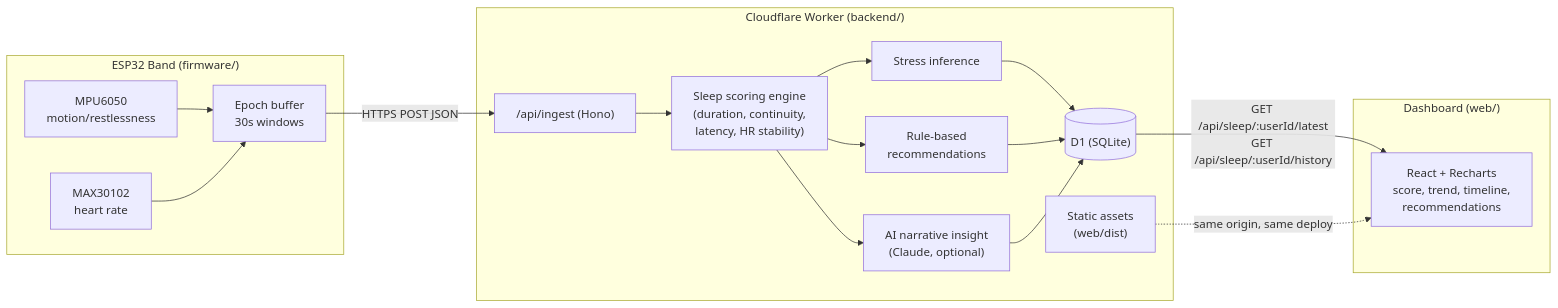
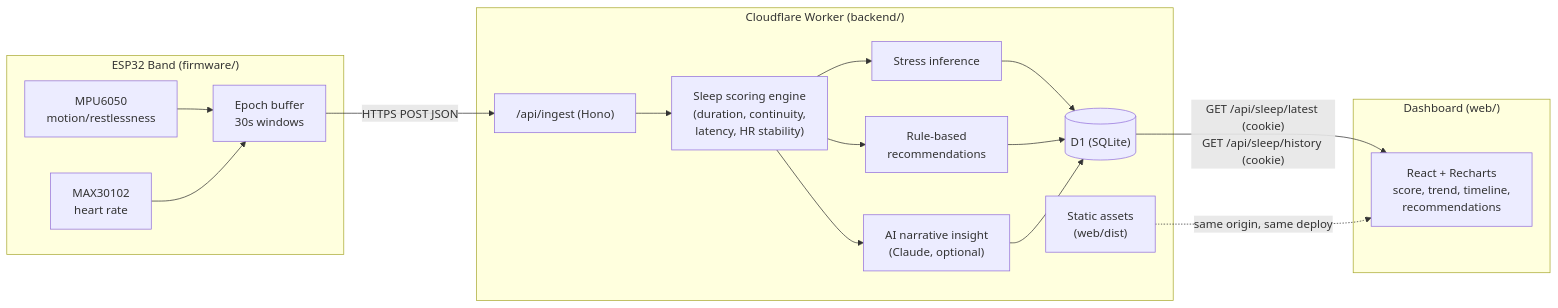
Before and after one commit to itsdaniel-exe/ZenSleep: the diagram in docs/architecture.md, drawn with Mermaid. The commit also changed other lines of this file and 27 other files, not shown here.

````diff
--- a/docs/architecture.md
+++ b/docs/architecture.md
@@ -9,34 +9,34 @@
 ```mermaid
 flowchart LR
     subgraph Wearable["ESP32 Band (firmware/)"]
         MPU["MPU6050\nmotion/restlessness"]
         MAX["MAX30102\nheart rate"]
         FW["Epoch buffer\n30s windows"]
         MPU --> FW
         MAX --> FW
     end
 
     subgraph Worker["Cloudflare Worker (backend/)"]
         Ingest["/api/ingest (Hono)"]
         Score["Sleep scoring engine\n(duration, continuity,\nlatency, HR stability)"]
         Stress["Stress inference"]
         Rec["Rule-based\nrecommendations"]
         AI["AI narrative insight\n(Claude, optional)"]
         DB[("D1 (SQLite)")]
         Assets["Static assets\n(web/dist)"]
         Ingest --> Score --> Stress
         Score --> Rec
         Score --> AI
         Stress --> DB
         Rec --> DB
         AI --> DB
     end
 
     subgraph Web["Dashboard (web/)"]
         UI["React + Recharts\nscore, trend, timeline,\nrecommendations"]
     end
 
     FW -- "HTTPS POST JSON" --> Ingest
-    DB -- "GET /api/sleep/:userId/latest\nGET /api/sleep/:userId/history" --> UI
+    DB -- "GET /api/sleep/latest (cookie)\nGET /api/sleep/history (cookie)" --> UI
     Assets -. "same origin, same deploy" .-> UI
 ```
````
